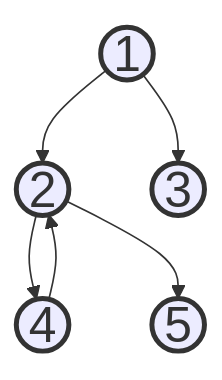
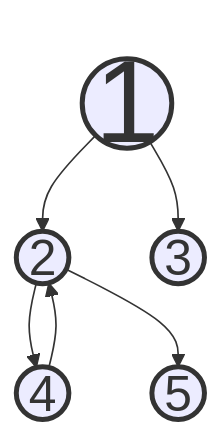
The diagram in _posts/2025-02-01-[알고리즘] 깊이우선탐색(DFS).md (indextrown/indextrown.github.io), drawn with Mermaid before and after one commit.

```diff
--- a/_posts/2025-02-01-[알고리즘] 깊이우선탐색(DFS).md
+++ b/_posts/2025-02-01-[알고리즘] 깊이우선탐색(DFS).md
@@ -25,14 +25,14 @@
 <div class="mermaid">
 graph TD;
     1((1)) --> 2((2));
     2((2)) --> 4((4));
     1((1)) --> 3((3));
     2((2)) --> 5((5));
     4((4)) --> 2((2));
 
-style 1 stroke:#333,stroke-width:3px,font-size:30px
+style 1 stroke:#333,stroke-width:3px,font-size:70px
 style 2 stroke:#333,stroke-width:3px,font-size:30px
 style 3 stroke:#333,stroke-width:3px,font-size:30px
 style 4 stroke:#333,stroke-width:3px,font-size:30px
 style 5 stroke:#333,stroke-width:3px,font-size:30px
 </div>
```
